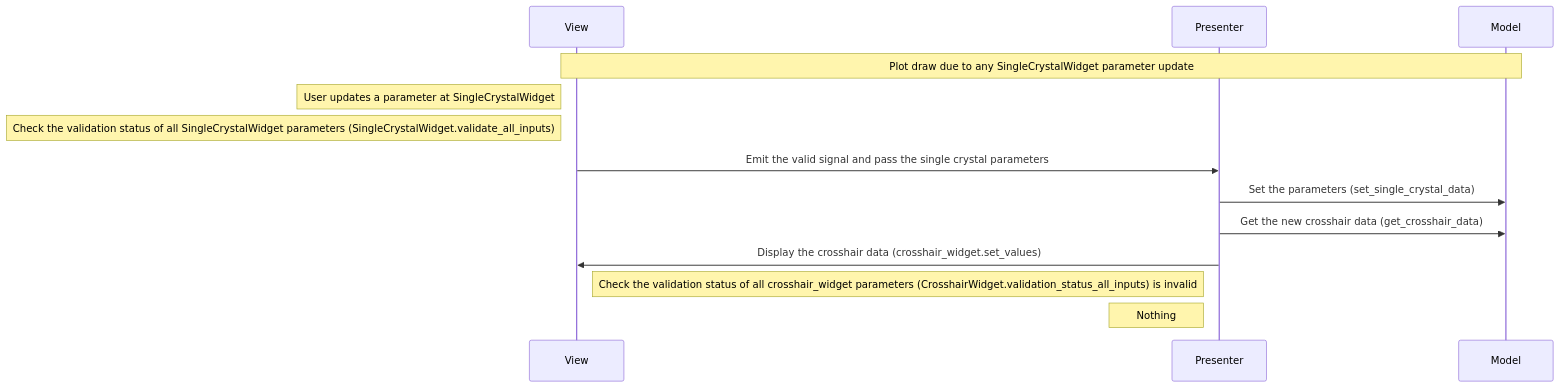
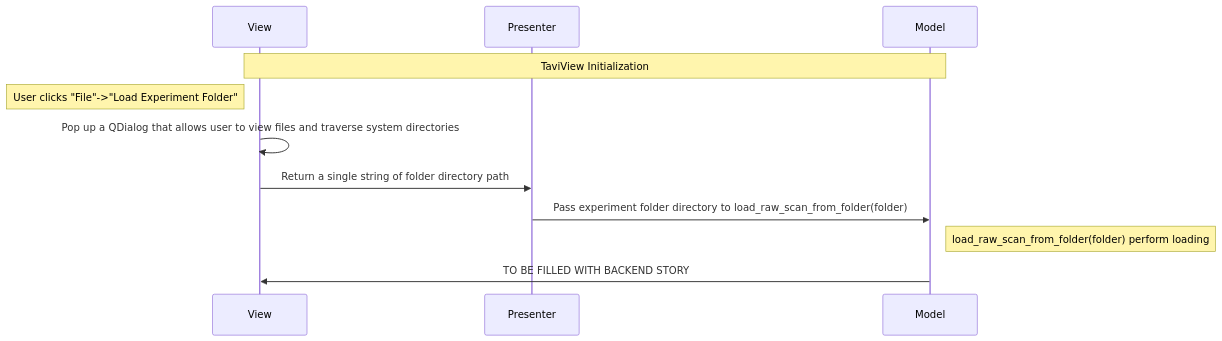
One commit to neutrons/TAVI changed the fourth of 6 diagrams in docs/source/design/taviclasses.rst. Above: the diagram before and after it, drawn with Mermaid. The commit also changed other lines of this file and 20 other files, not shown here.

First line of the commit message:
frontend focused load raw scan from a folder (#57)

```diff
--- a/docs/source/design/taviclasses.rst
+++ b/docs/source/design/taviclasses.rst
@@ -370,16 +118,15 @@
-        .. mermaid::
+    .. mermaid::
 
-            sequenceDiagram
-                participant View
-                participant Presenter
-                participant Model
+        sequenceDiagram
+            participant View
+            participant Presenter
+            participant Model
 
-                Note over View,Model: Plot draw due to any SingleCrystalWidget parameter update
-                Note left of View: User updates a parameter at SingleCrystalWidget
-                Note left of View: Check the validation status of all SingleCrystalWidget parameters (SingleCrystalWidget.validate_all_inputs)
-                View->>Presenter: Emit the valid signal and pass the single crystal parameters
-                Presenter->>Model: Set the parameters (set_single_crystal_data)
-                Presenter->>Model: Get the new crosshair data (get_crosshair_data)
-                Presenter->>View: Display the crosshair data (crosshair_widget.set_values)
-                Note left of Presenter: Check the validation status of all crosshair_widget parameters (CrosshairWidget.validation_status_all_inputs) is invalid
-                Note left of Presenter: Nothing
+            Note over View,Model:  TaviView Initialization
+            Note left of View: User clicks "File"->"Load Experiment Folder"
+            View->>View: Pop up a QDialog that allows user to view files and traverse system directories
+            View->>Presenter: Return a single string of folder directory path
+            Presenter->>Model: Pass experiment folder directory to load_raw_scan_from_folder(folder)
+            Note right of Model: load_raw_scan_from_folder(folder) perform loading
+
+            Model->>View: TO BE FILLED WITH BACKEND STORY
```
